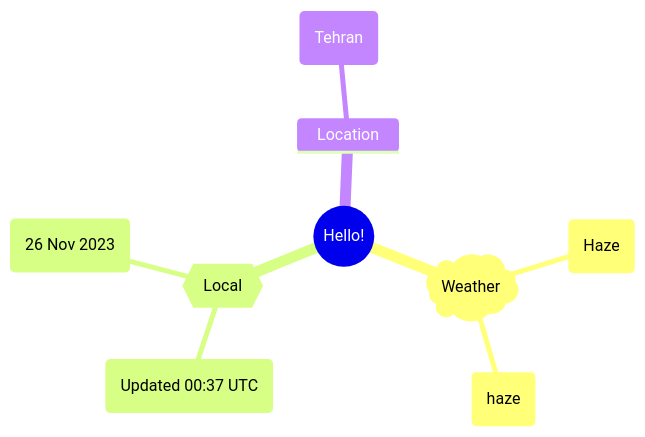
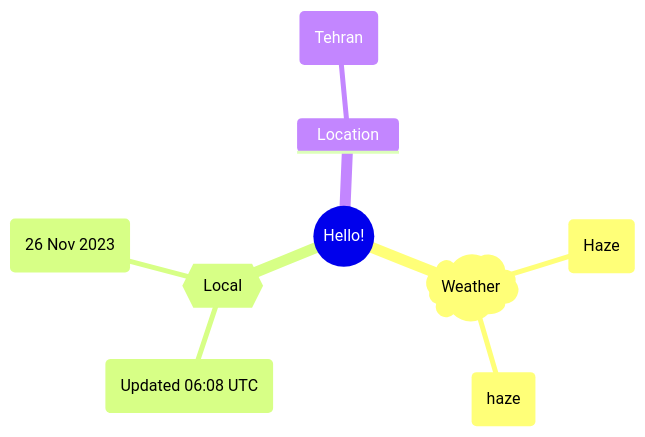
Before and after one commit to Xosrov/Xosrov: the first of 2 diagrams in README.md, drawn with Mermaid.

Commit message:
[bot] updated images

````diff
--- a/README.md
+++ b/README.md
@@ -3,12 +3,12 @@
 ```mermaid
 mindmap
   root((Hello!))
     )Weather(
         (Haze)
         (haze)
     {{Local}}
-        (Updated 00:37 UTC)
+        (Updated 06:08 UTC)
         (26 Nov 2023)
     Location
         (Tehran)
 ```
````
